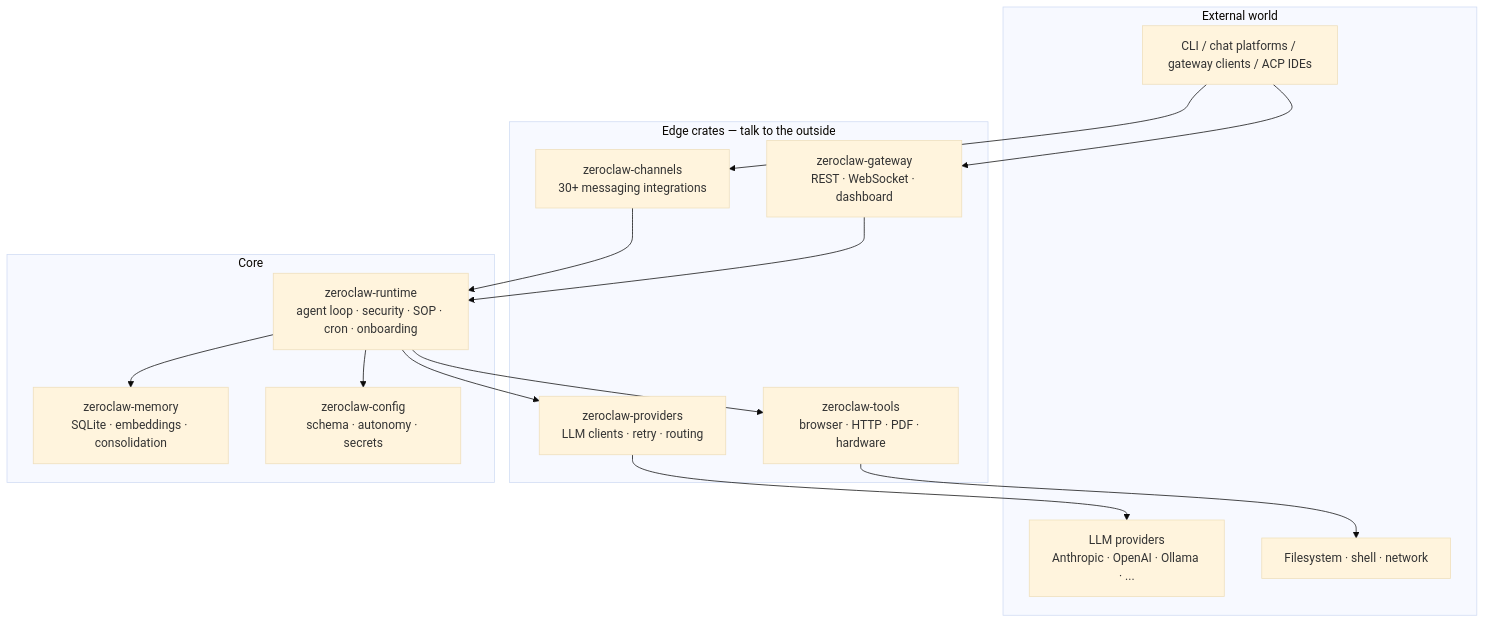
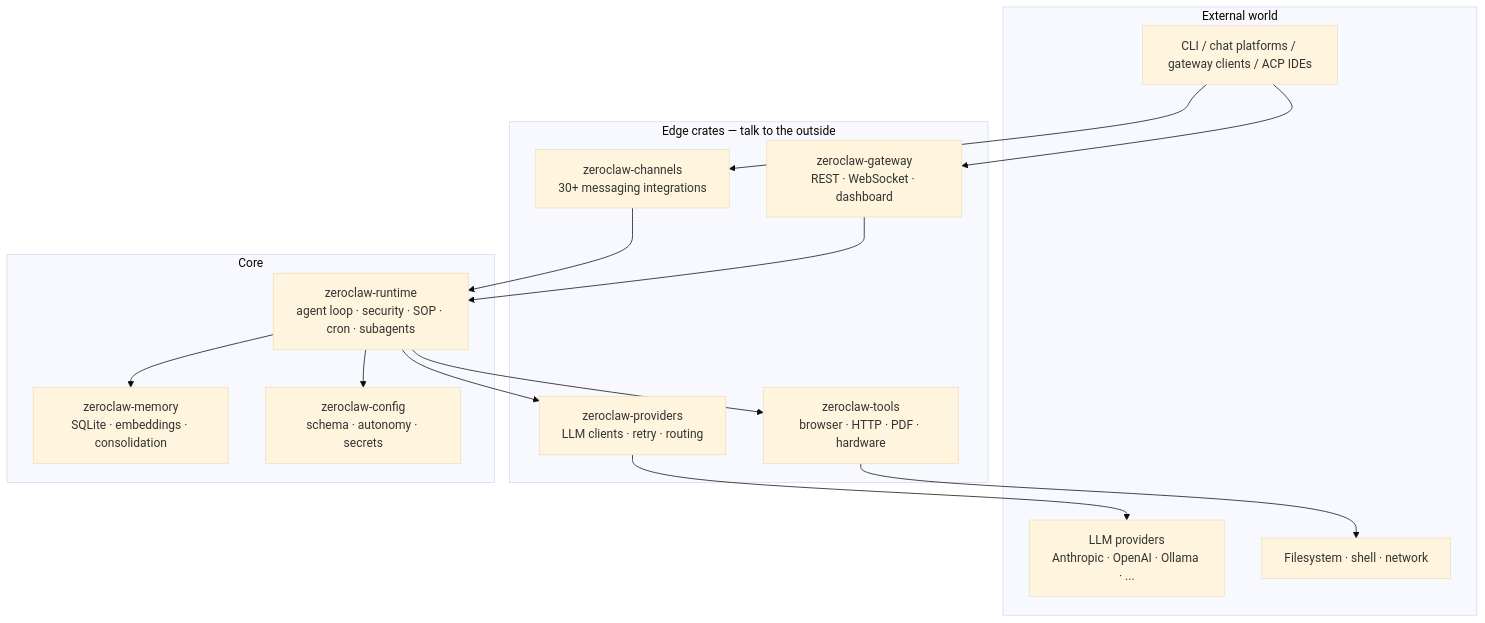
One commit to zeroclaw-labs/zeroclaw changed the first of 2 diagrams in docs/book/src/architecture/overview.md. Above: the diagram before and after it, drawn with Mermaid (base theme). The commit also changed other lines of this file and 4 other files, not shown here.

````diff
--- a/docs/book/src/architecture/overview.md
+++ b/docs/book/src/architecture/overview.md
@@ -7,32 +7,32 @@
 ```mermaid
 flowchart TB
     subgraph External["External world"]
         UI["CLI / chat platforms / gateway clients / ACP IDEs"]
         LLM["LLM providers<br/>Anthropic · OpenAI · Ollama · ..."]
         FS["Filesystem · shell · network"]
     end
 
     subgraph Edges["Edge crates — talk to the outside"]
         CH["zeroclaw-channels<br/>30+ messaging integrations"]
         GW["zeroclaw-gateway<br/>REST · WebSocket · dashboard"]
         PR["zeroclaw-providers<br/>LLM clients · retry · routing"]
         TL["zeroclaw-tools<br/>browser · HTTP · PDF · hardware"]
     end
 
     subgraph Core["Core"]
-        RT["zeroclaw-runtime<br/>agent loop · security · SOP · cron · onboarding"]
+        RT["zeroclaw-runtime<br/>agent loop · security · SOP · cron · subagents"]
         MEM["zeroclaw-memory<br/>SQLite · embeddings · consolidation"]
         CFG["zeroclaw-config<br/>schema · autonomy · secrets"]
     end
 
     UI --> CH
     UI --> GW
     CH --> RT
     GW --> RT
     RT --> PR
     RT --> TL
     RT --> MEM
     RT --> CFG
     PR --> LLM
     TL --> FS
 ```
````
